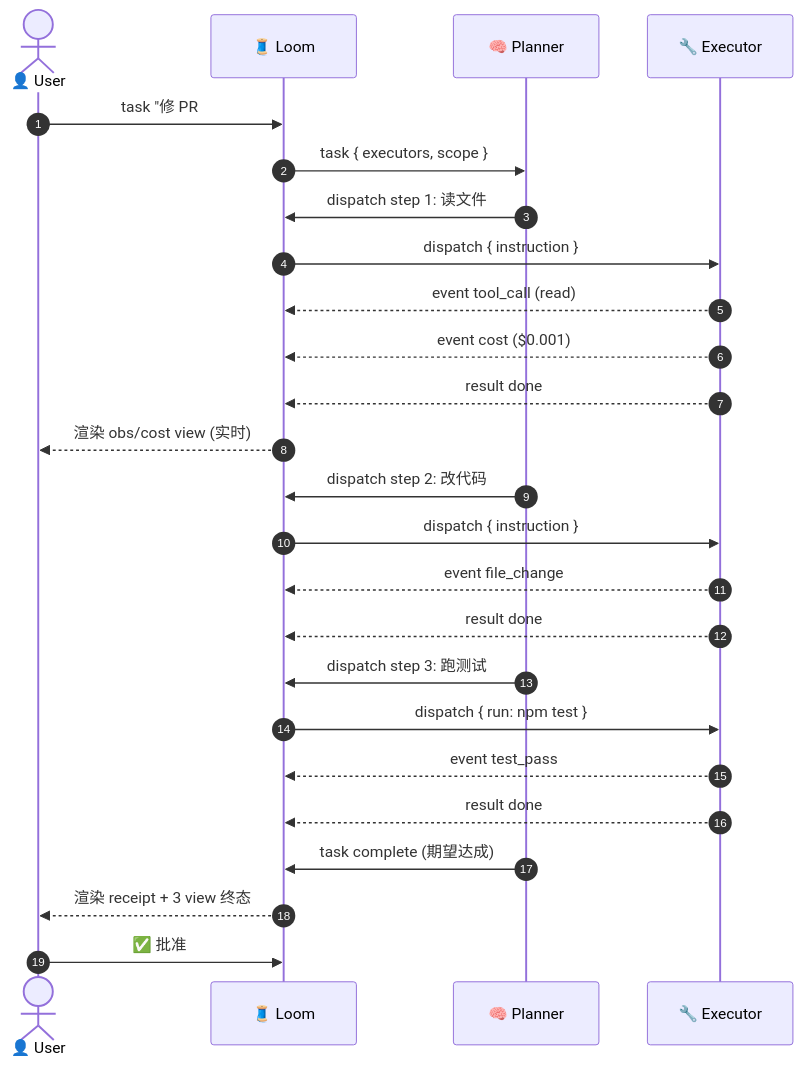
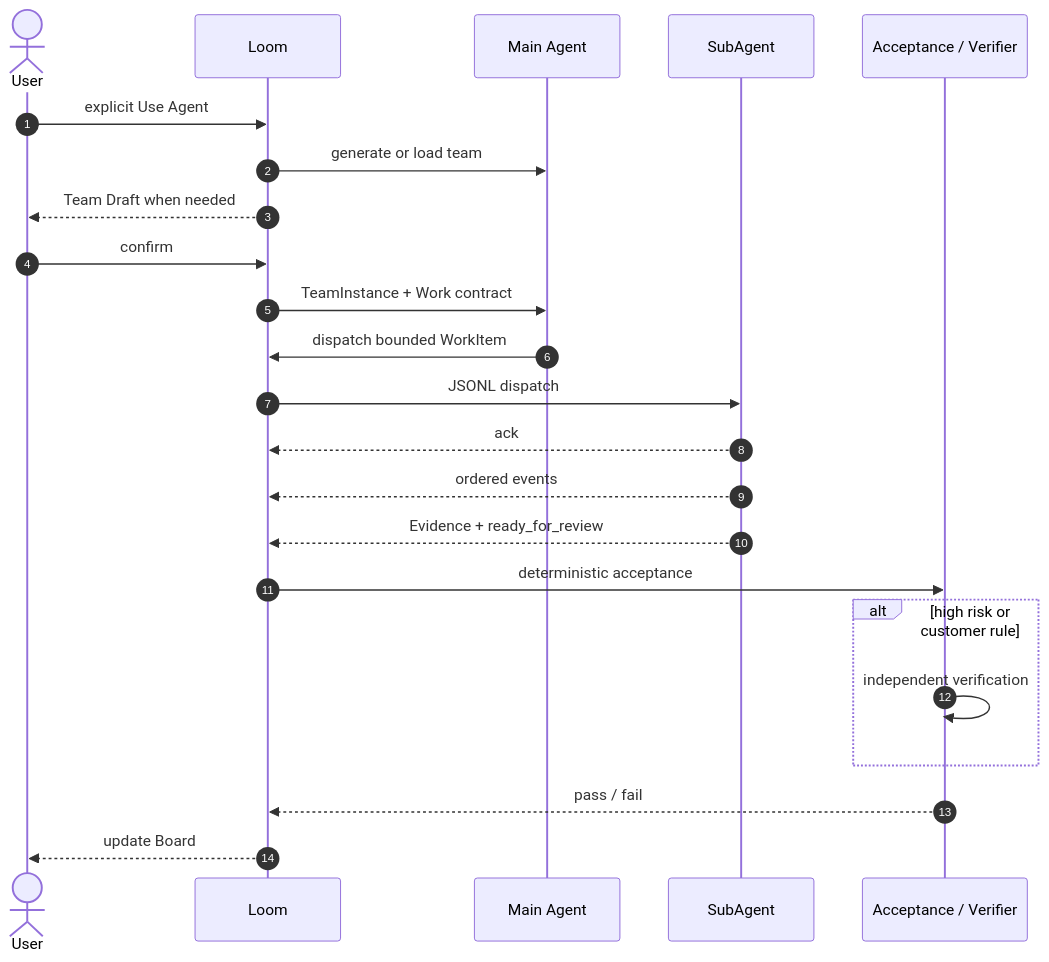
Before and after one commit to tttboy123/loom: the eighth of 12 diagrams in docs/ARCHITECTURE.md, drawn with Mermaid. The commit also changed other lines of this file and 17 other files, not shown here.

Commit message:
docs: define loom platform architecture

````diff
--- a/docs/ARCHITECTURE.md
+++ b/docs/ARCHITECTURE.md
@@ -192,28 +249,28 @@
 ```mermaid
 sequenceDiagram
     autonumber
-    actor U as 👤 User
-    participant L as 🧵 Loom
-    participant P as 🧠 Planner
-    participant E as 🔧 Executor
-    
-    U->>L: task "修 PR #42"
-    L->>P: task { executors, scope }
-    P->>L: dispatch step 1: 读文件
-    L->>E: dispatch { instruction }
-    E-->>L: event tool_call (read)
-    E-->>L: event cost ($0.001)
-    E-->>L: result done
-    L-->>U: 渲染 obs/cost view (实时)
-    P->>L: dispatch step 2: 改代码
-    L->>E: dispatch { instruction }
-    E-->>L: event file_change
-    E-->>L: result done
-    P->>L: dispatch step 3: 跑测试
-    L->>E: dispatch { run: npm test }
-    E-->>L: event test_pass
-    E-->>L: result done
-    P->>L: task complete (期望达成)
-    L-->>U: 渲染 receipt + 3 view 终态
-    U->>L: ✅ 批准
+    actor U as User
+    participant L as Loom
+    participant M as Main Agent
+    participant W as SubAgent
+    participant V as Acceptance / Verifier
+
+    U->>L: explicit Use Agent
+    L->>M: generate or load team
+    L-->>U: Team Draft when needed
+    U->>L: confirm
+    L->>M: TeamInstance + Work contract
+    M->>L: dispatch bounded WorkItem
+    L->>W: JSONL dispatch
+    W-->>L: ack
+    W-->>L: ordered events
+    W-->>L: Evidence + ready_for_review
+    L->>V: deterministic acceptance
+
+    alt high risk or customer rule
+        V->>V: independent verification
+    end
+
+    V-->>L: pass / fail
+    L-->>U: update Board
 ```
````
